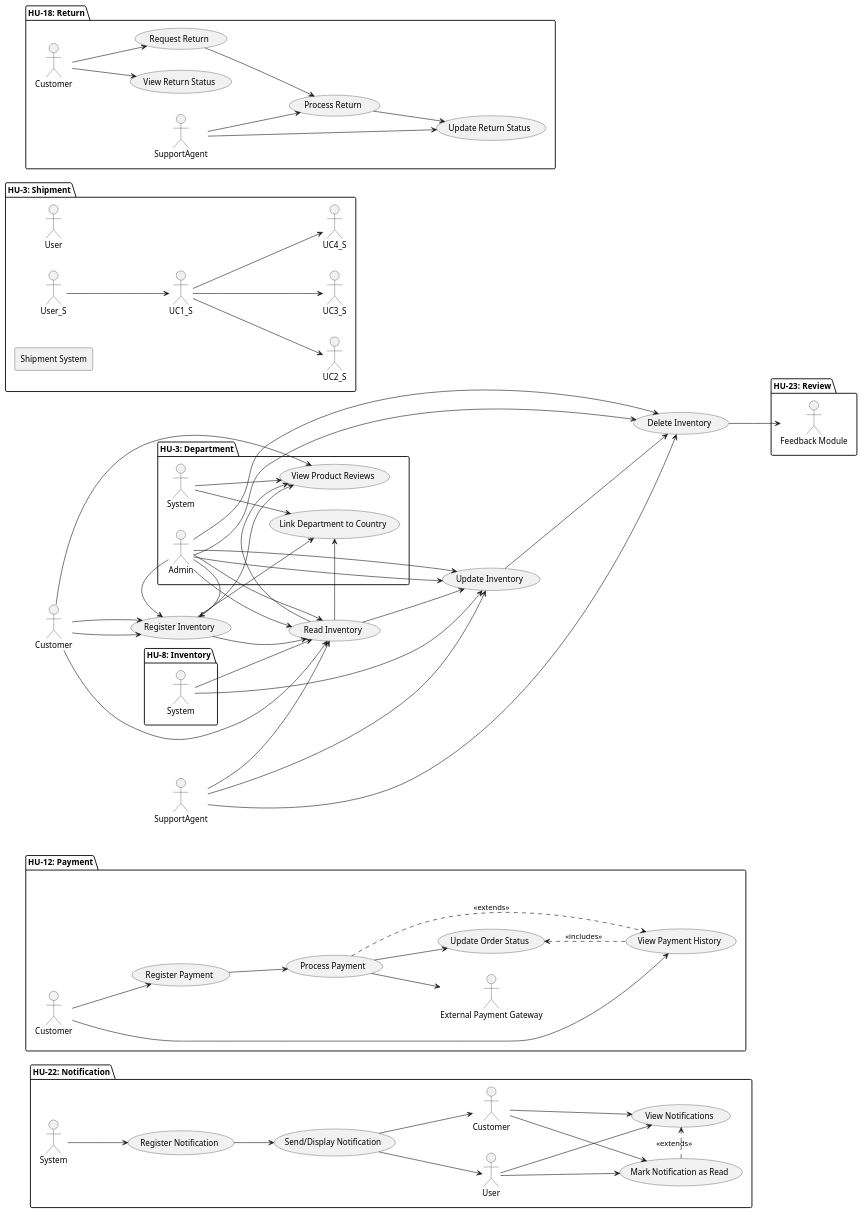
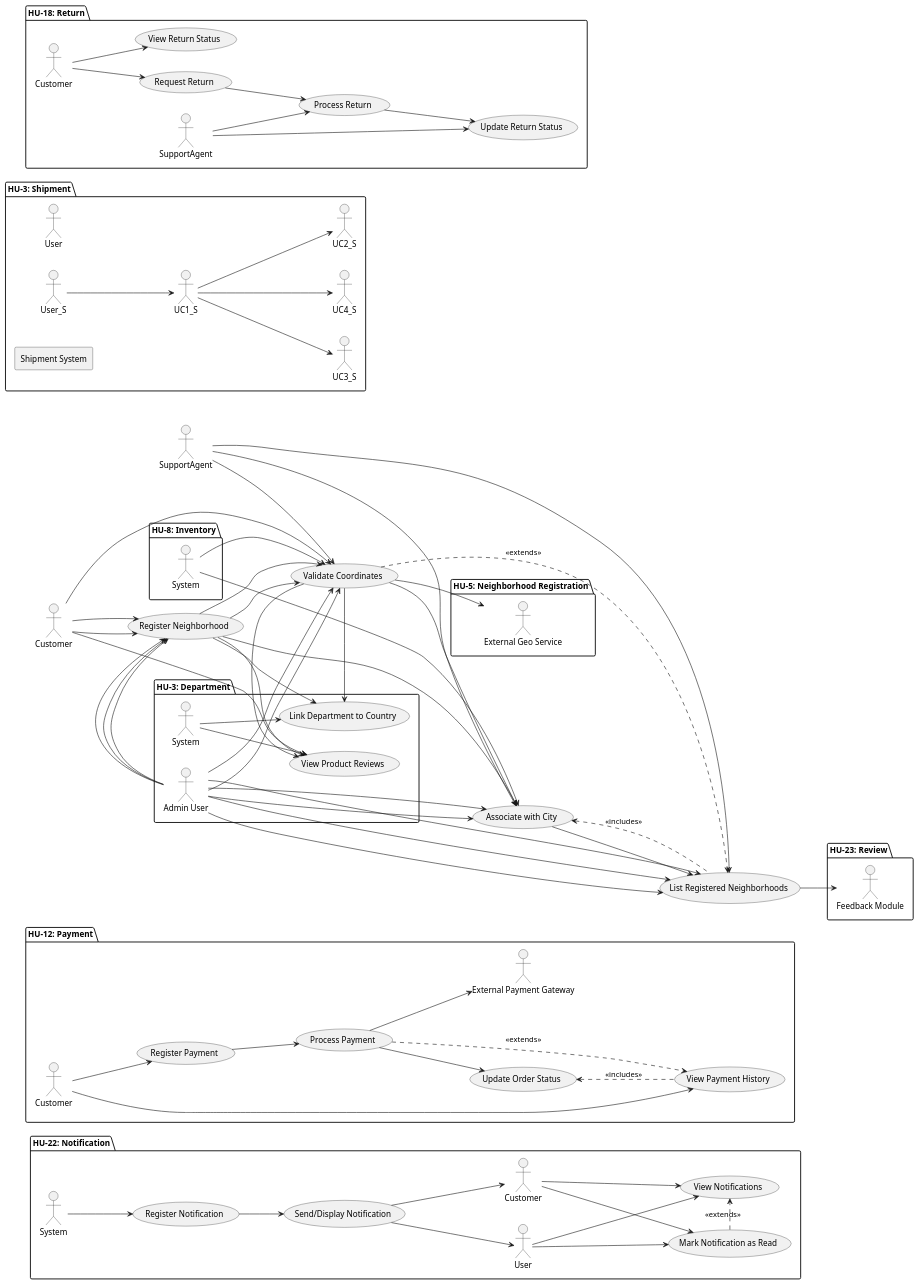
The diagram in document/architecture/usecase.wsd (code-sena/laboratory-2899747), drawn with PlantUML before and after one commit. The commit also changed 7 other files, not shown here.

Commit message:
feat: add neighborhood use case, table structur and model, dto, repository, service and controller.

```diff
--- a/document/architecture/usecase.wsd
+++ b/document/architecture/usecase.wsd
@@ -1,176 +1,200 @@
 @startuml
 actor Customer
 actor SupportAgent
 
 usecase "Register Support Ticket" as UC1
 usecase "View Support Ticket" as UC2
 usecase "Update Support Ticket" as UC3
 usecase "Close Support Ticket" as UC4
 
 Customer --> UC1
 Customer --> UC2
 SupportAgent --> UC2
 SupportAgent --> UC3
 SupportAgent --> UC4
 left to right direction
 
 package "HU-3: Department" {
 
   'Actors
   actor "Admin User" as Admin
   actor "System" as System
 
   'Use Cases
   usecase "Register Department" as UC1
   usecase "Update Department" as UC2
   usecase "Deactivate Department" as UC3
   usecase "View Departments" as UC4
   usecase "Validate Uniqueness & Format" as UC5
   usecase "Link Department to Country" as UC6
 
   'Relationships
   Admin --> UC1
   Admin --> UC2
   Admin --> UC3
   Admin --> UC4
 
   UC1 --> UC5
   UC1 --> UC6
 
   UC2 --> UC5
   UC2 --> UC6
 
   System --> UC5
   System --> UC6
 }
 
 package "HU-22: Notification" {
 
   'Actors'
   actor "System" as SystemN
   actor "User" as UserN
   actor "Customer" as CustomerN
 
   'Use Cases'
   usecase "Register Notification" as UCN1
   usecase "Send/Display Notification" as UCN2
   usecase "Mark Notification as Read" as UCN3
   usecase "View Notifications" as UCN4
 
   'Relationships'
   SystemN --> UCN1
   UCN1 --> UCN2
   UCN2 --> UserN
   UCN2 --> CustomerN
 
   UserN --> UCN3
   CustomerN --> UCN3
 
   UserN --> UCN4
   CustomerN --> UCN4
 
   UCN3 .> UCN4 : <<extends>>
 }
 
 package "HU-12: Payment" {
 
   'Actors'
   actor "Customer" as CustomerP
   actor "External Payment Gateway" as PaymentGatewayP
 
   'Use Cases'
   usecase "Register Payment" as UCP1
   usecase "Process Payment" as UCP2
   usecase "Update Order Status" as UCP3
   usecase "View Payment History" as UCP4
 
   'Relationships'
   CustomerP --> UCP1
   CustomerP --> UCP4
 
   UCP1 --> UCP2
   UCP2 --> PaymentGatewayP
   UCP2 .> UCP4 : <<extends>>
   UCP3 <.. UCP4 : <<includes>>
 
   UCP2 --> UCP3
 }
 
 package "HU-23: Review" {
 
   'Actors'
   actor "Customer" as Customer
   actor "Feedback Module" as FeedbackModule
 
   'Use Cases'
   usecase "Create Review" as UC1
   usecase "Validate Review Fields" as UC2
   usecase "Register Review in Database" as UC3
   usecase "Integrate with Feedback" as UC4
   usecase "View Product Reviews" as UC5
 
   'Relationships'
   Customer --> UC1
   UC1 --> UC2
   UC2 --> UC3
   UC3 --> UC4
   UC4 --> FeedbackModule
   Customer --> UC5
 }
 
 package "HU-3: Shipment" {
   actor User as user
 
   rectangle "Shipment System" {
     usecase "Manage Shipments" as UC1
     usecase "Register Shipment" as UC2
     usecase "View Shipment" as UC3
     usecase "Update Shipment Status" as UC4
   }
 
   User_S --> UC1_S
   UC1_S --> UC2_S
   UC1_S --> UC3_S
   UC1_S --> UC4_S
 }
 
 package "HU-8: Inventory" {
 
     'Actors
     actor "Admin" as Admin
     actor "System" as Sys
 
     'Use Cases
     usecase "Register Inventory" as UC1
     usecase "Read Inventory" as UC2
     usecase "Update Inventory" as UC3
     usecase "Delete Inventory" as UC4
 
     'Relations
     Admin --> UC1
     Admin --> UC2
     Admin --> UC3
     Admin --> UC4
 
     Sys --> UC2
     Sys --> UC3
   }
 
 package "HU-18: Return" {
   actor "Customer" as CustomerR
   actor "SupportAgent" as SupportAgentR
 
   usecase "Request Return" as UCR1
   usecase "View Return Status" as UCR2
   usecase "Process Return" as UCR3
   usecase "Update Return Status" as UCR4
 
   CustomerR --> UCR1
   CustomerR --> UCR2
   SupportAgentR --> UCR3
   SupportAgentR --> UCR4
   UCR1 --> UCR3
   UCR3 --> UCR4
 }
 
+package "HU-5: Neighborhood Registration" {
+
+  'Actors'
+  actor "Admin User" as Admin
+  actor "External Geo Service" as GeoService
+
+  'Use Cases'
+  usecase "Register Neighborhood" as UC1
+  usecase "Validate Coordinates" as UC2
+  usecase "Associate with City" as UC3
+  usecase "List Registered Neighborhoods" as UC4
+
+  'Relationships'
+  Admin --> UC1
+  Admin --> UC4
+
+  UC1 --> UC2
+  UC2 --> GeoService
+  UC2 .> UC4 : <<extends>>
+  UC3 <.. UC4 : <<includes>>
+
+  UC1 --> UC3
+}
+
 @enduml
```
